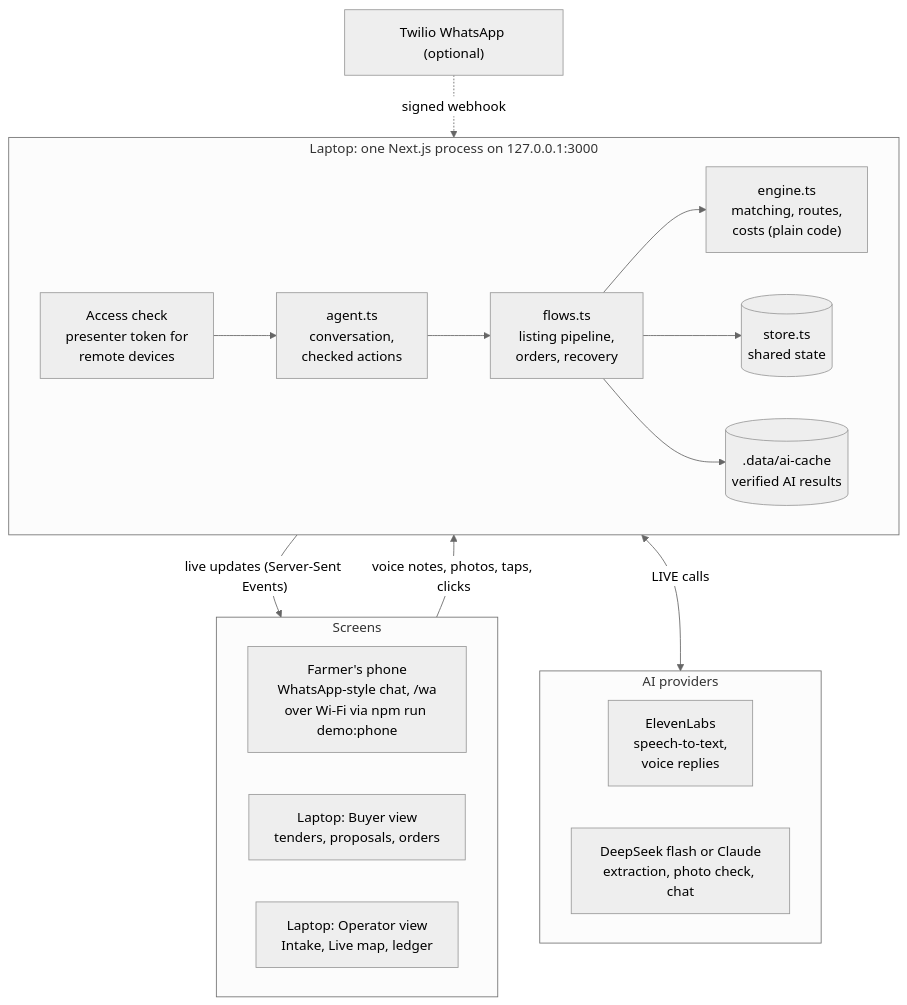
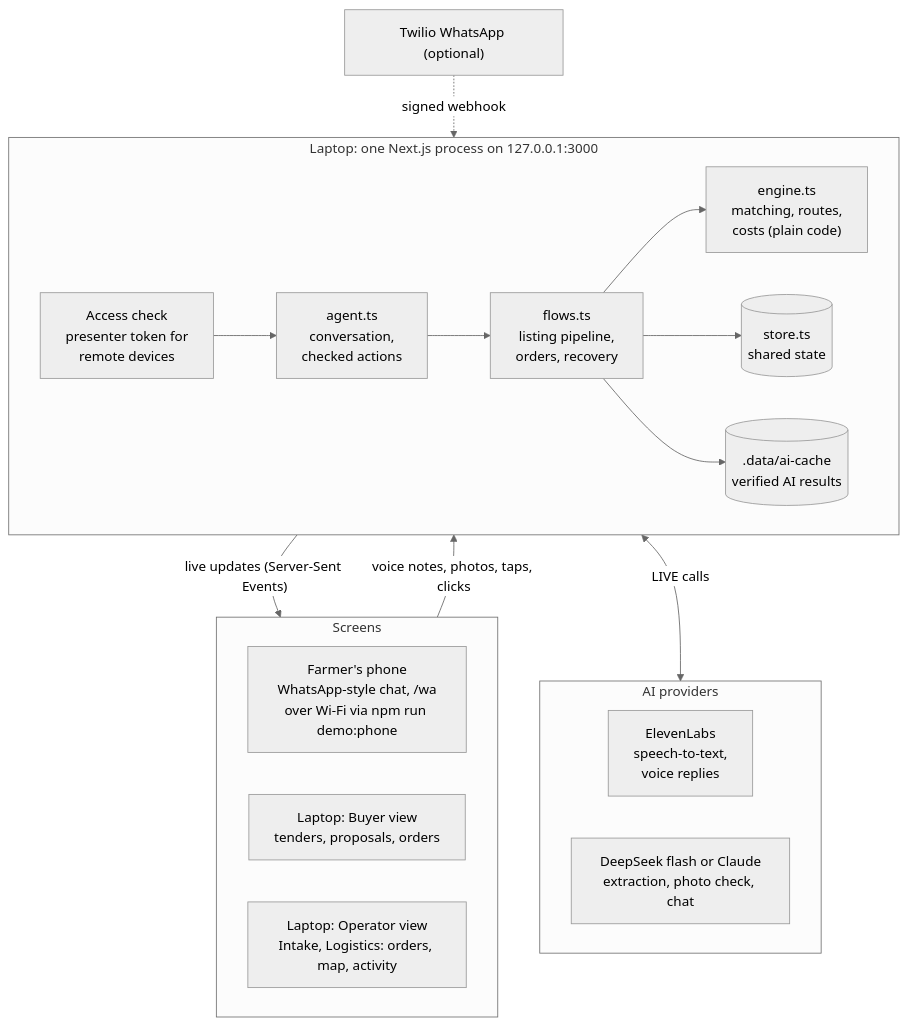
Before and after one commit to hhuseynli/bereket: the first of 2 diagrams in README.md, drawn with Mermaid (neutral theme). The commit also changed other lines of this file and 52 other files, not shown here.

````diff
--- a/README.md
+++ b/README.md
@@ -14,27 +14,27 @@
 ```mermaid
 flowchart TB
   subgraph Screens["Screens"]
     direction LR
     WA["Farmer's phone<br/>WhatsApp-style chat, /wa<br/>over Wi-Fi via npm run demo:phone"]
     BUY["Laptop: Buyer view<br/>tenders, proposals, orders"]
-    OPS["Laptop: Operator view<br/>Intake, Live map, ledger"]
+    OPS["Laptop: Operator view<br/>Intake, Logistics: orders, map, activity"]
   end
 
   subgraph Server["Laptop: one Next.js process on 127.0.0.1:3000"]
     direction LR
     MW["Access check<br/>presenter token for<br/>remote devices"] --> AG["agent.ts<br/>conversation,<br/>checked actions"] --> FL["flows.ts<br/>listing pipeline,<br/>orders, recovery"] --> EN["engine.ts<br/>matching, routes,<br/>costs (plain code)"]
     FL --> ST[("store.ts<br/>shared state")]
     FL --> CA[(".data/ai-cache<br/>verified AI results")]
   end
 
   subgraph AI["AI providers"]
     direction LR
     EL["ElevenLabs<br/>speech-to-text,<br/>voice replies"]
     LLM["DeepSeek flash or Claude<br/>extraction, photo check, chat"]
   end
 
   Screens -->|"voice notes, photos, taps, clicks"| MW
   ST -->|"live updates (Server-Sent Events)"| Screens
   FL <-->|"LIVE calls"| AI
   TW["Twilio WhatsApp (optional)"] -.->|"signed webhook"| MW
 ```
````
